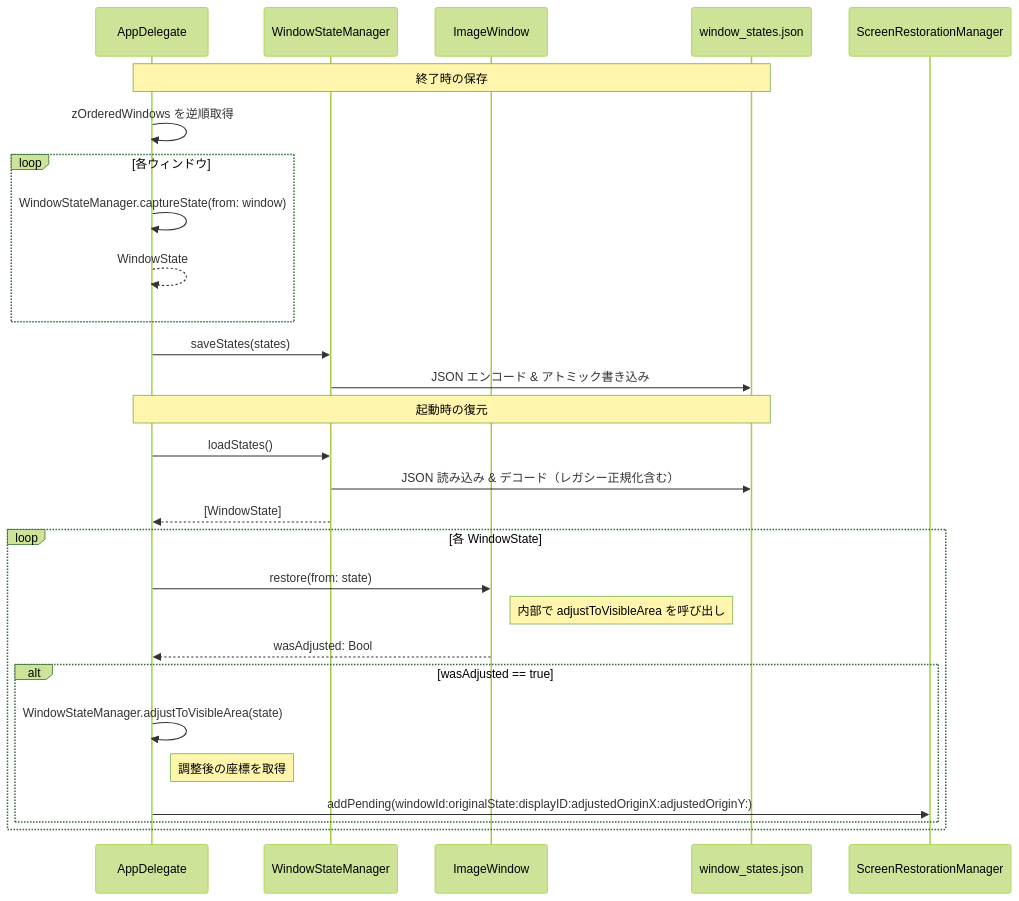
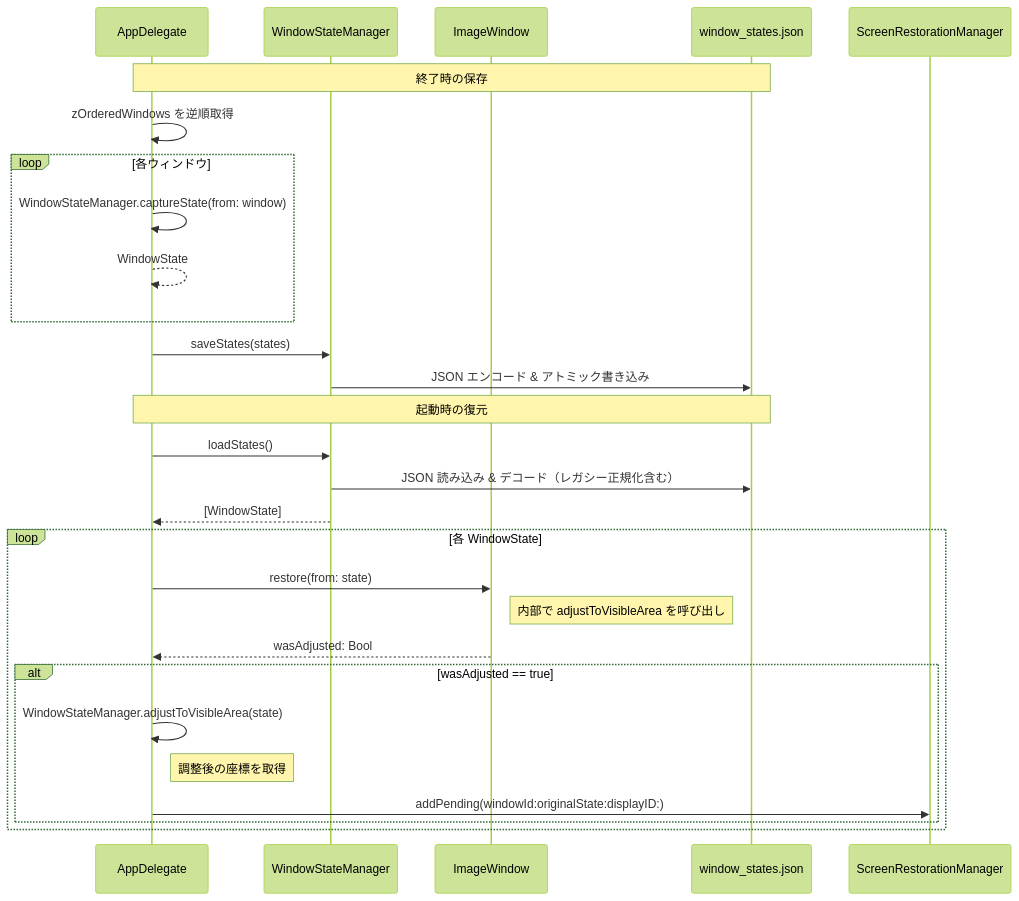
One commit to shiroemons/sobani changed the first of 6 diagrams in docs/guide/data-flow.md. Above: the diagram before and after it, drawn with Mermaid (forest theme). The commit also changed 2 other files, not shown here.

Commit message:
docs: 画面復元ガイドを復元処理の変更に合わせて更新
- スリープ前にペンディングキューを消去しない・ペンディング中のウィンドウを除外する・
  復元中の再スリープでは意図した位置を保つ・スリープ時間を期限に含めない
- スリープ復帰とペンディング復元は相対位置で写像し、見えない場合だけクランプする
- ユーザー操作で復元対象から外す仕組みと、起動直後の追従終了時のペンディング移行
- スナップショットの更新タイミングと除外対象、PendingRestoration から削除したフィールド

````diff
--- a/docs/guide/data-flow.md
+++ b/docs/guide/data-flow.md
@@ -92,32 +92,32 @@
 ```mermaid
 sequenceDiagram
     participant App as AppDelegate
     participant WSM as WindowStateManager
     participant CW as ImageWindow
     participant FS as window_states.json
     participant SRM as ScreenRestorationManager
 
     Note over App,FS: 終了時の保存
     App->>App: zOrderedWindows を逆順取得
     loop 各ウィンドウ
         App->>App: WindowStateManager.captureState(from: window)
         App-->>App: WindowState
     end
     App->>WSM: saveStates(states)
     WSM->>FS: JSON エンコード & アトミック書き込み
 
     Note over App,FS: 起動時の復元
     App->>WSM: loadStates()
     WSM->>FS: JSON 読み込み & デコード（レガシー正規化含む）
     WSM-->>App: [WindowState]
     loop 各 WindowState
         App->>CW: restore(from: state)
         Note right of CW: 内部で adjustToVisibleArea を呼び出し
         CW-->>App: wasAdjusted: Bool
         alt wasAdjusted == true
             App->>App: WindowStateManager.adjustToVisibleArea(state)
             Note right of App: 調整後の座標を取得
-            App->>SRM: addPending(windowId:originalState:displayID:adjustedOriginX:adjustedOriginY:)
+            App->>SRM: addPending(windowId:originalState:displayID:)
         end
     end
 ```
````
